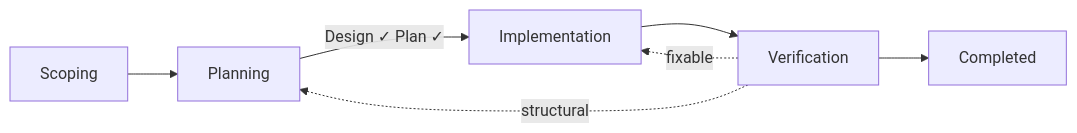
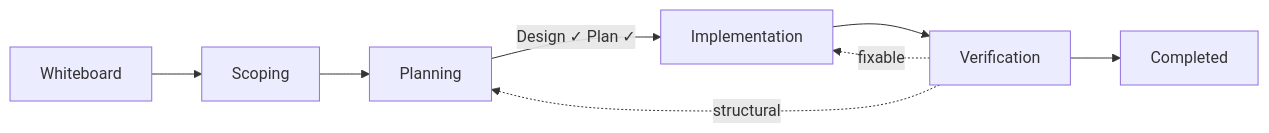
Before and after one commit to jmerkow/EngAgent: the diagram in docs/workflow.md, drawn with Mermaid. The commit also changed other lines of this file and 40 other files, not shown here.

````diff
--- a/docs/workflow.md
+++ b/docs/workflow.md
@@ -12,9 +12,10 @@
 ```mermaid
 flowchart LR
-    S[Scoping] --> P[Planning]
+    W[Whiteboard] --> S[Scoping]
+    S --> P[Planning]
     P -->|"Design ✓ Plan ✓"| I[Implementation]
     I --> V[Verification]
     V --> Completed
     V -.->|fixable| I
     V -.->|structural| P
 ```
````
